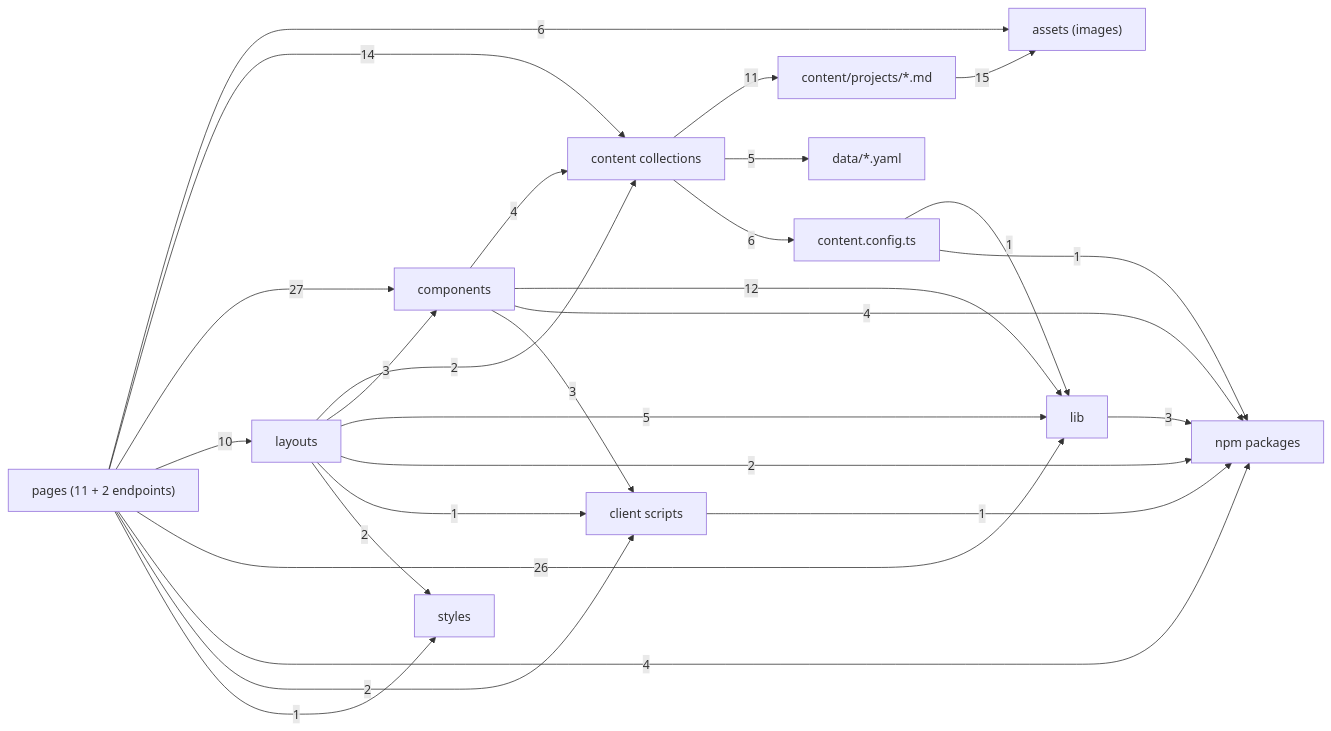
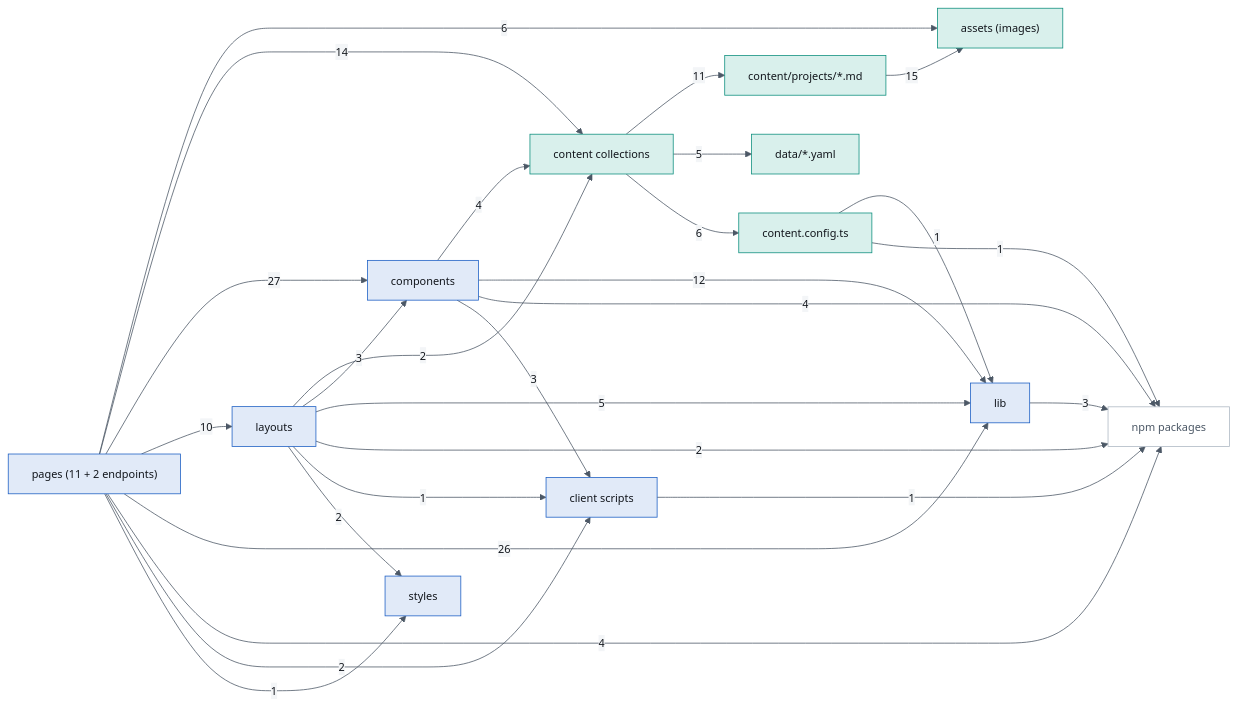
Before and after one commit to DvEz373/Personal-Profile-Portfolio: the second of 2 diagrams in docs/graph/README.md, drawn with Mermaid. The commit also changed other lines of this file and 13 other files, not shown here.

First line of the commit message:
Docs: designed diagrams in the site palette

````diff
--- a/docs/graph/README.md
+++ b/docs/graph/README.md
@@ -118,41 +124,47 @@
 ```mermaid
+%%{init: {"theme": "base", "themeVariables": {"fontSize": "14px", "primaryColor": "#ffffff", "primaryTextColor": "#12161c", "primaryBorderColor": "#12161c", "lineColor": "#4c5866", "secondaryColor": "#f3f5f7", "tertiaryColor": "#f3f5f7", "clusterBkg": "#f3f5f7", "clusterBorder": "#aeb8c3", "edgeLabelBackground": "#f3f5f7"}}}%%
 flowchart LR
-  pages["pages (11 + 2 endpoints)"]
-  layouts["layouts"]
-  components["components"]
-  lib["lib"]
-  scripts["client scripts"]
-  styles["styles"]
-  data["data/*.yaml"]
-  content["content/projects/*.md"]
-  assets["assets (images)"]
-  schema["content.config.ts"]
-  collections["content collections"]
-  packages["npm packages"]
+  classDef code fill:#e1eaf8,stroke:#1d5fc4,color:#12161c
+  classDef data fill:#d9f0ec,stroke:#0e8f7e,color:#12161c
+  classDef out fill:#fbf1cf,stroke:#8a6300,color:#12161c
+  classDef prod fill:#12161c,stroke:#12161c,color:#ffffff
+  classDef ext fill:#ffffff,stroke:#aeb8c3,color:#4c5866
+  pages["pages (11 + 2 endpoints)"]:::code
+  layouts["layouts"]:::code
+  components["components"]:::code
+  lib["lib"]:::code
+  scripts["client scripts"]:::code
+  styles["styles"]:::code
+  data["data/*.yaml"]:::data
+  content["content/projects/*.md"]:::data
+  assets["assets (images)"]:::data
+  schema["content.config.ts"]:::data
+  collections["content collections"]:::data
+  packages["npm packages"]:::ext
   collections -->|11| content
   collections -->|5| data
   collections -->|6| schema
   components -->|4| collections
   components -->|12| lib
   components -->|4| packages
   components -->|3| scripts
   content -->|15| assets
   layouts -->|2| collections
   layouts -->|3| components
   layouts -->|5| lib
   layouts -->|2| packages
   layouts -->|1| scripts
   layouts -->|2| styles
   lib -->|3| packages
   pages -->|6| assets
   pages -->|14| collections
   pages -->|27| components
   pages -->|10| layouts
   pages -->|26| lib
   pages -->|4| packages
   pages -->|2| scripts
   pages -->|1| styles
   schema -->|1| lib
   schema -->|1| packages
   scripts -->|1| packages
 ```
````
